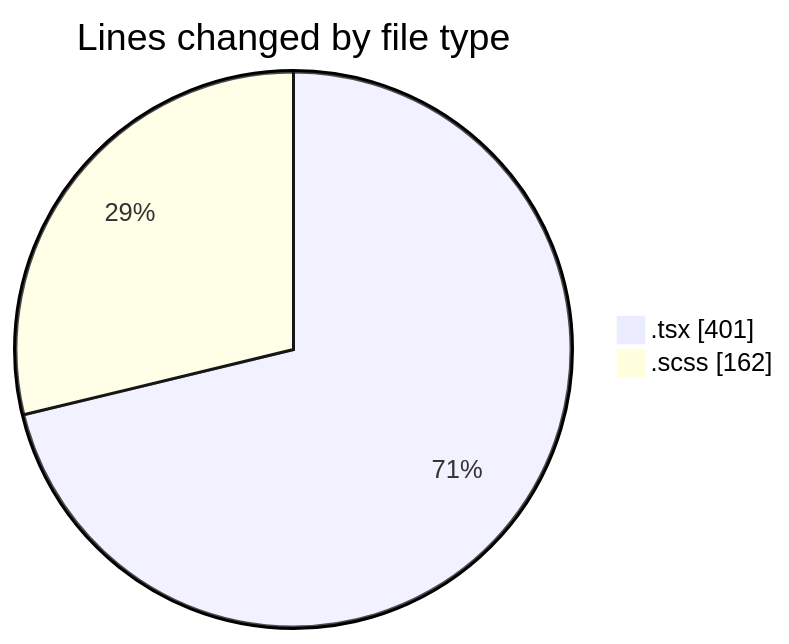
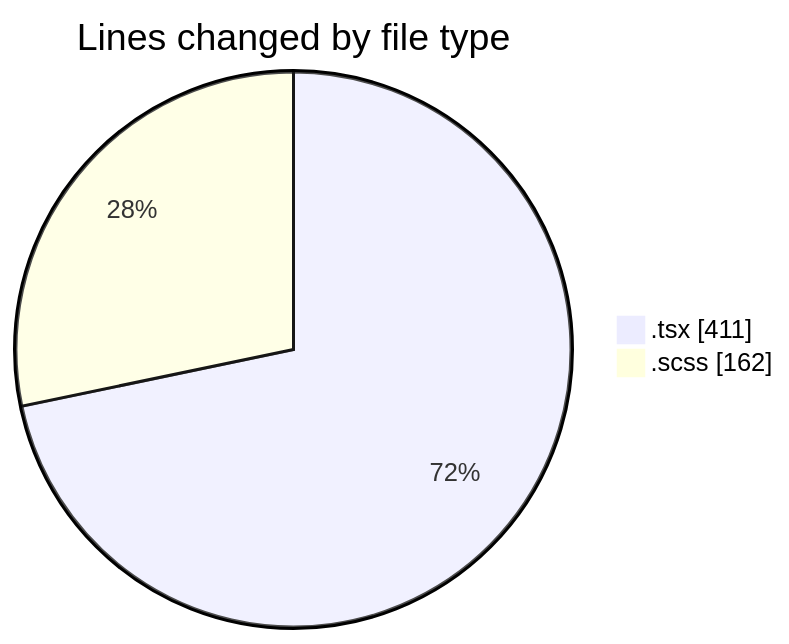
One commit to momahboobian/code-tracking changed the first of 2 diagrams in 2026-04-16/cda/README.md. Above: the diagram before and after it, drawn with Mermaid. The commit also changed other lines of this file and 1 other file, not shown here.

````diff
--- a/2026-04-16/cda/README.md
+++ b/2026-04-16/cda/README.md
@@ -22,6 +22,6 @@
 ```mermaid
 pie showData
 title Lines changed by file type
-".tsx" : 401
+".tsx" : 411
 ".scss" : 162
 ```
````
